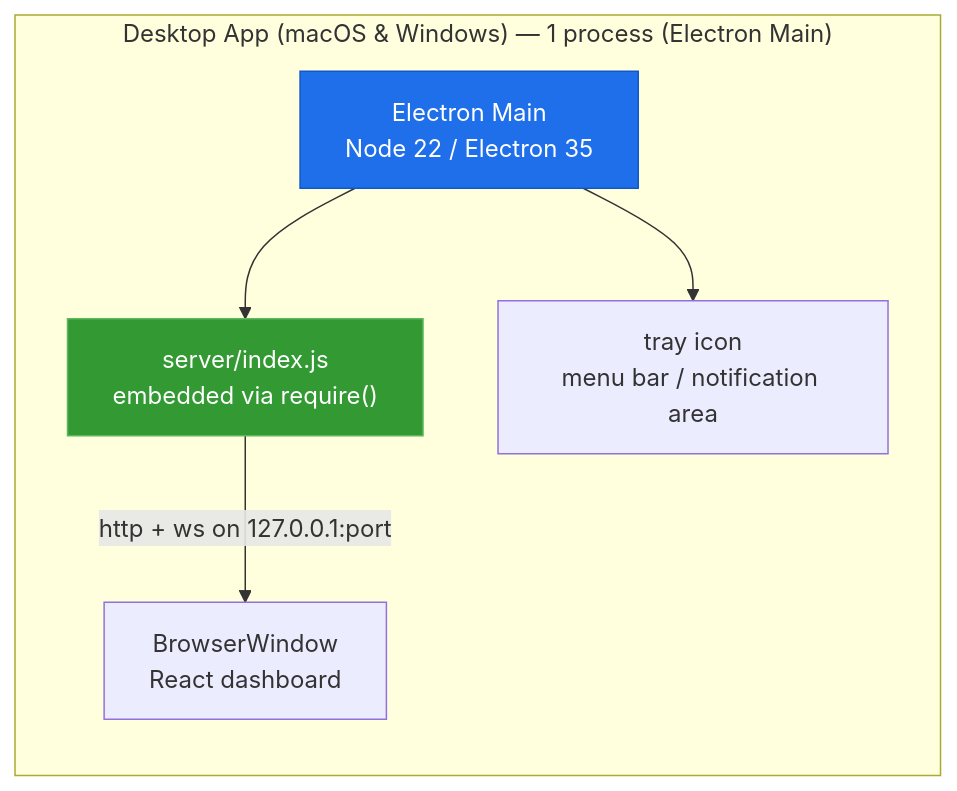
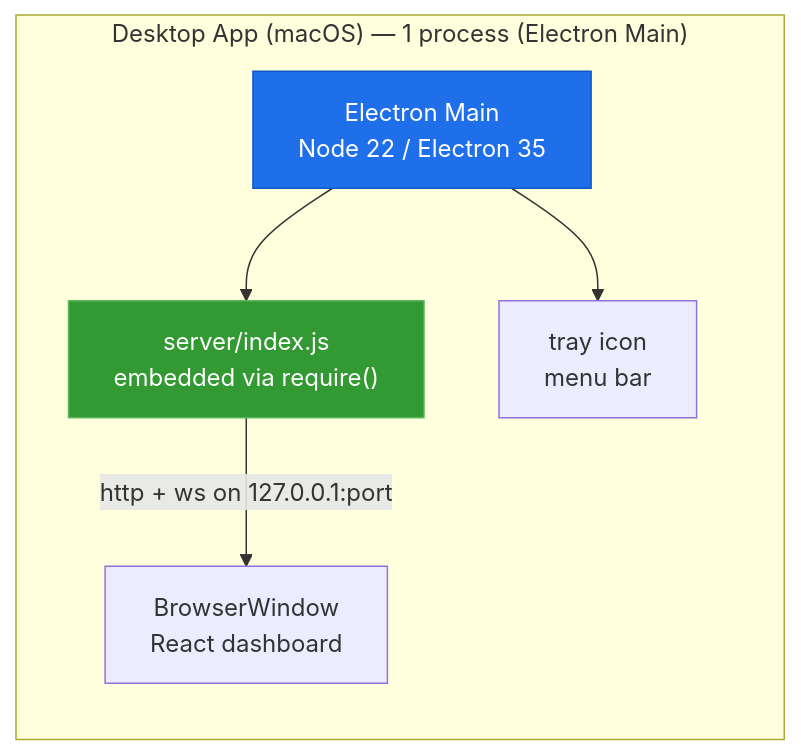
Diagram 23 of 24 in README-VN.md (buluma/Code-Agent-Monitor), drawn with Mermaid before and after one commit. The commit also changed other lines of this file and 27 other files, not shown here.

First line of the commit message:
feat(desktop): drop Windows support, macOS-only Electron app (#3)

````diff
--- a/README-VN.md
+++ b/README-VN.md
@@ -2019,15 +1977,15 @@
 ```mermaid
 flowchart LR
-    subgraph desktopmode["Desktop App (macOS & Windows) — 1 process (Electron Main)"]
+    subgraph desktopmode["Desktop App (macOS) — 1 process (Electron Main)"]
         MAIN["Electron Main<br/>Node 22 / Electron 35"]
         EMB["server/index.js<br/>embedded via require()"]
         WIN["BrowserWindow<br/>React dashboard"]
-        TRAY["tray icon<br/>menu bar / notification area"]
+        TRAY["tray icon<br/>menu bar"]
         MAIN --> EMB
         MAIN --> TRAY
         EMB -->|"http + ws on 127.0.0.1:port"| WIN
     end
 
     style MAIN fill:#1f6feb,stroke:#1158c7,color:#fff
     style EMB fill:#339933,stroke:#5cb85c,color:#fff
 ```
````
